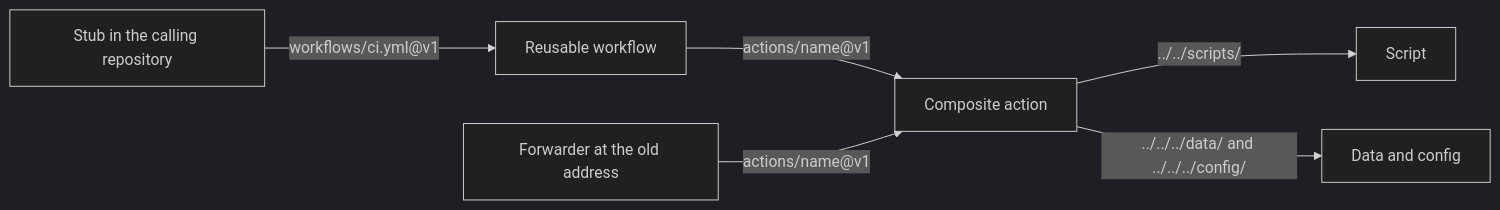
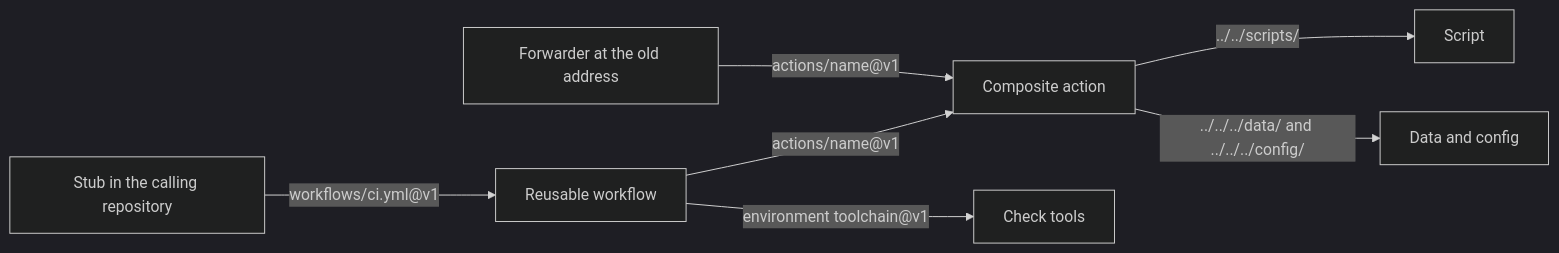
Before and after one commit to tannergolden/standards: the diagram in docs/technical/internals/Automation-Architecture.md, drawn with Mermaid (dark theme). The commit also changed other lines of this file and 13 other files, not shown here.

First line of the commit message:
docs(environment): 📝 say what the toolchain covers, where it does not reach, and what moves it

````diff
--- a/docs/technical/internals/Automation-Architecture.md
+++ b/docs/technical/internals/Automation-Architecture.md
@@ -28,8 +28,9 @@
 ```mermaid
 graph LR
     S["Stub in the calling repository"] -->|"workflows/ci.yml@v1"| W["Reusable workflow"]
     W -->|"actions/name@v1"| A["Composite action"]
     A -->|"../../scripts/"| SC["Script"]
     A -->|"../../../data/ and ../../../config/"| D["Data and config"]
     F["Forwarder at the old address"] -->|"actions/name@v1"| A
+    W -->|"environment toolchain@v1"| T["Check tools"]
 ```
````
